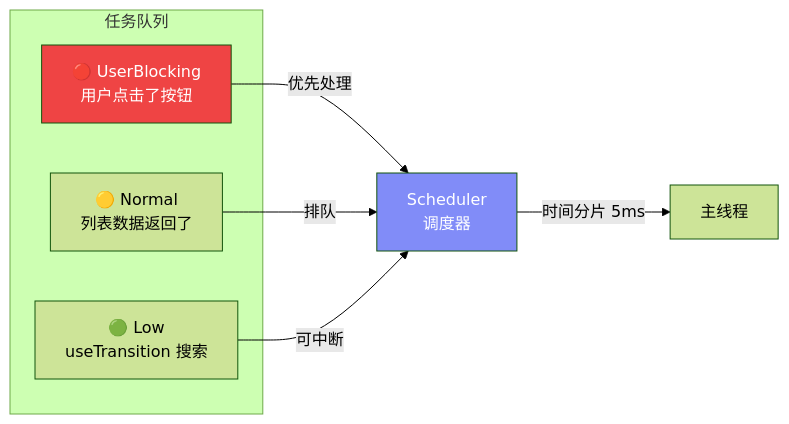
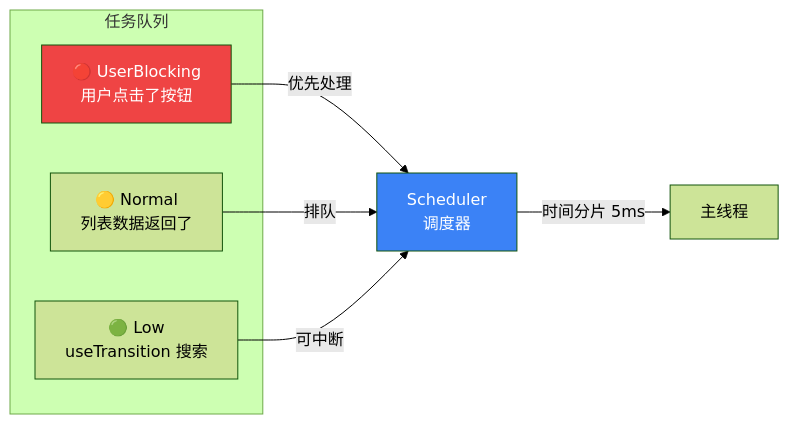
Before and after one commit to boltguo/react_learn: the sixth of 7 diagrams in docs/Lesson_30.md, drawn with Mermaid (forest theme). The commit also changed other lines of this file and 31 other files, not shown here.

Commit message:
docs: 统一Mermaid术语与配色层级

````diff
--- a/docs/Lesson_30.md
+++ b/docs/Lesson_30.md
@@ -312,19 +324,19 @@
 ```mermaid
 flowchart LR
     subgraph "任务队列"
         T1["🔴 UserBlocking<br/>用户点击了按钮"]
         T2["🟡 Normal<br/>列表数据返回了"]
         T3["🟢 Low<br/>useTransition 搜索"]
     end
     
     Scheduler["Scheduler<br/>调度器"]
     
     T1 -->|"优先处理"| Scheduler
     T2 -->|"排队"| Scheduler
     T3 -->|"可中断"| Scheduler
     
     Scheduler -->|"时间分片 5ms"| Main["主线程"]
     
     style T1 fill:#ef4444,color:#fff
-    style Scheduler fill:#818cf8,color:#fff
+    style Scheduler fill:#3b82f6,color:#fff
 ```
````
